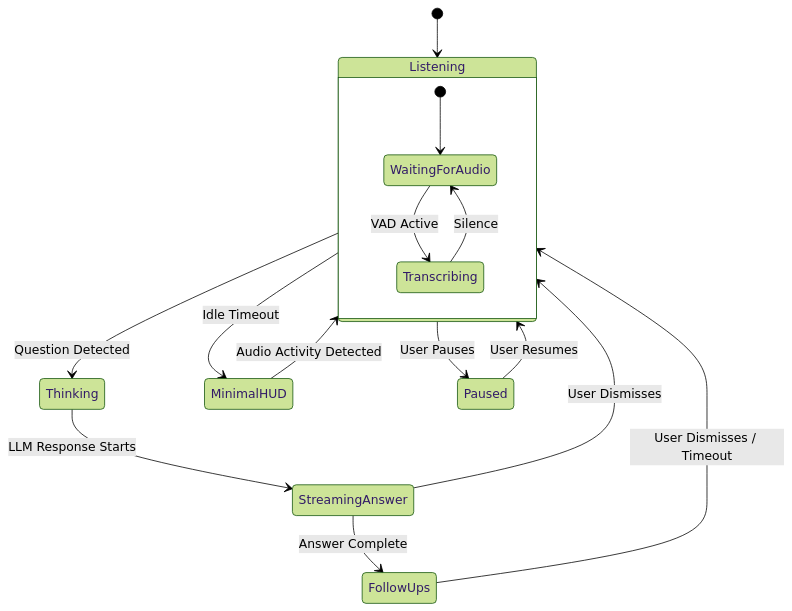
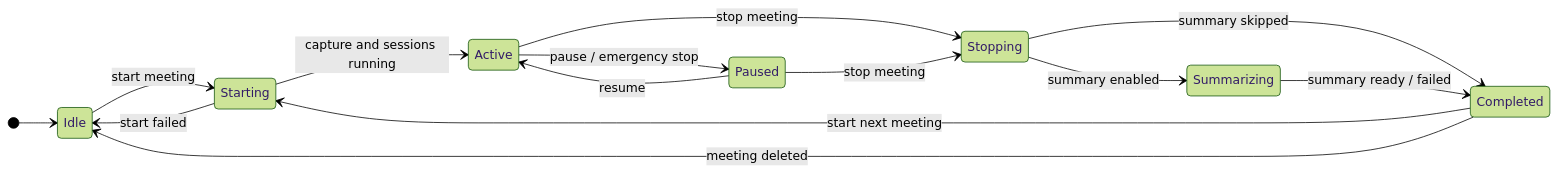
Before and after one commit to AekamSidhu/Major-Project: the first of 2 diagrams in architecture_diagrams/3_state_diagram.md, drawn with Mermaid (forest theme). The commit also changed other lines of this file and 18 other files, not shown here.

First line of the commit message:
Add answer-integrity detection to the architecture diagrams

````diff
--- a/architecture_diagrams/3_state_diagram.md
+++ b/architecture_diagrams/3_state_diagram.md
@@ -3,21 +13,17 @@
 ```mermaid
 stateDiagram-v2
-    [*] --> Listening
-    Listening --> Thinking : Question Detected
-    Thinking --> StreamingAnswer : LLM Response Starts
-    StreamingAnswer --> FollowUps : Answer Complete
-    StreamingAnswer --> Listening : User Dismisses
-    FollowUps --> Listening : User Dismisses / Timeout
-    
-    Listening --> MinimalHUD : Idle Timeout
-    MinimalHUD --> Listening : Audio Activity Detected
-    
-    Listening --> Paused : User Pauses
-    Paused --> Listening : User Resumes
-    
-    state Listening {
-        [*] --> WaitingForAudio
-        WaitingForAudio --> Transcribing : VAD Active
-        Transcribing --> WaitingForAudio : Silence
-    }
+    direction LR
+    [*] --> Idle
+    Idle --> Starting : start meeting
+    Starting --> Active : capture and sessions running
+    Starting --> Idle : start failed
+    Active --> Paused : pause / emergency stop
+    Paused --> Active : resume
+    Active --> Stopping : stop meeting
+    Paused --> Stopping : stop meeting
+    Stopping --> Summarizing : summary enabled
+    Stopping --> Completed : summary skipped
+    Summarizing --> Completed : summary ready / failed
+    Completed --> Starting : start next meeting
+    Completed --> Idle : meeting deleted
 ```
````
